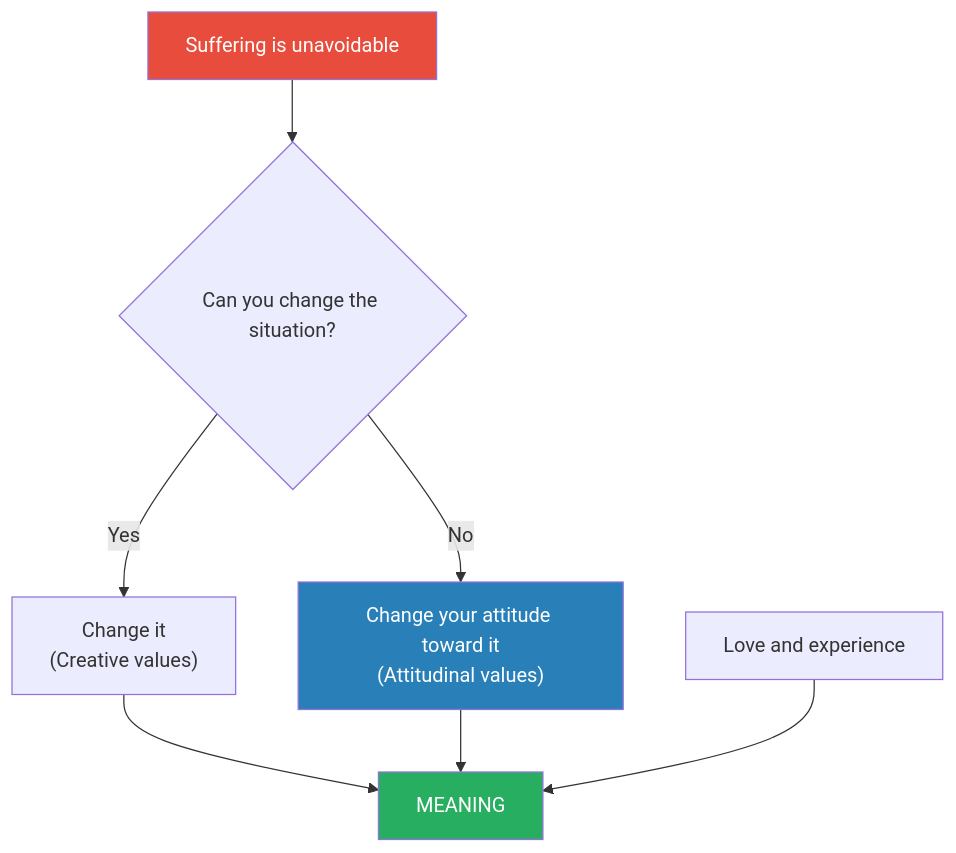
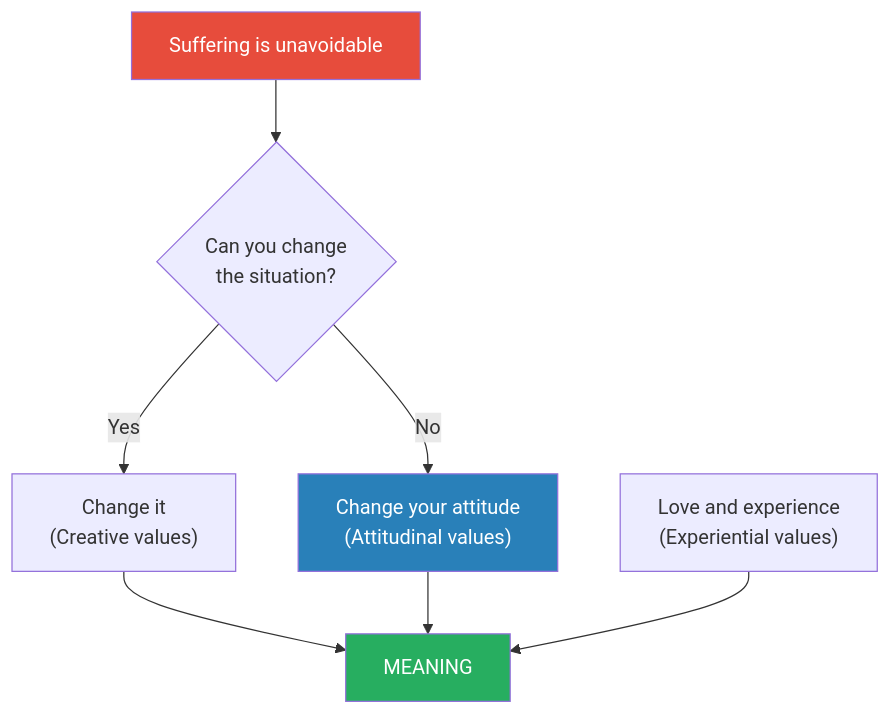
One commit to alius33/reader changed the first of 7 diagrams in summaries/Mindset & Self-Mastery/Man's Search for Meaning - Viktor Frankl.md. Above: the diagram before and after it, drawn with Mermaid. The commit also changed other lines of this file and 272 other files, not shown here.

````diff
--- a/summaries/Mindset & Self-Mastery/Man's Search for Meaning - Viktor Frankl.md
+++ b/summaries/Mindset & Self-Mastery/Man's Search for Meaning - Viktor Frankl.md
@@ -35,12 +45,12 @@
 ```mermaid
 flowchart TD
-    A["Suffering is unavoidable"] --> B{"Can you change the situation?"}
-    B -->|Yes| C["Change it\n(Creative values)"]
-    B -->|No| D["Change your attitude toward it\n(Attitudinal values)"]
+    A["Suffering is unavoidable"] --> B{"Can you change<br>the situation?"}
+    B -->|Yes| C["Change it<br>(Creative values)"]
+    B -->|No| D["Change your attitude<br>(Attitudinal values)"]
     C --> E["MEANING"]
     D --> E
-    F["Love and experience"] --> E
+    F["Love and experience<br>(Experiential values)"] --> E
     style A fill:#e74c3c,color:#fff
     style E fill:#27ae60,color:#fff
     style D fill:#2980b9,color:#fff
 ```
````
